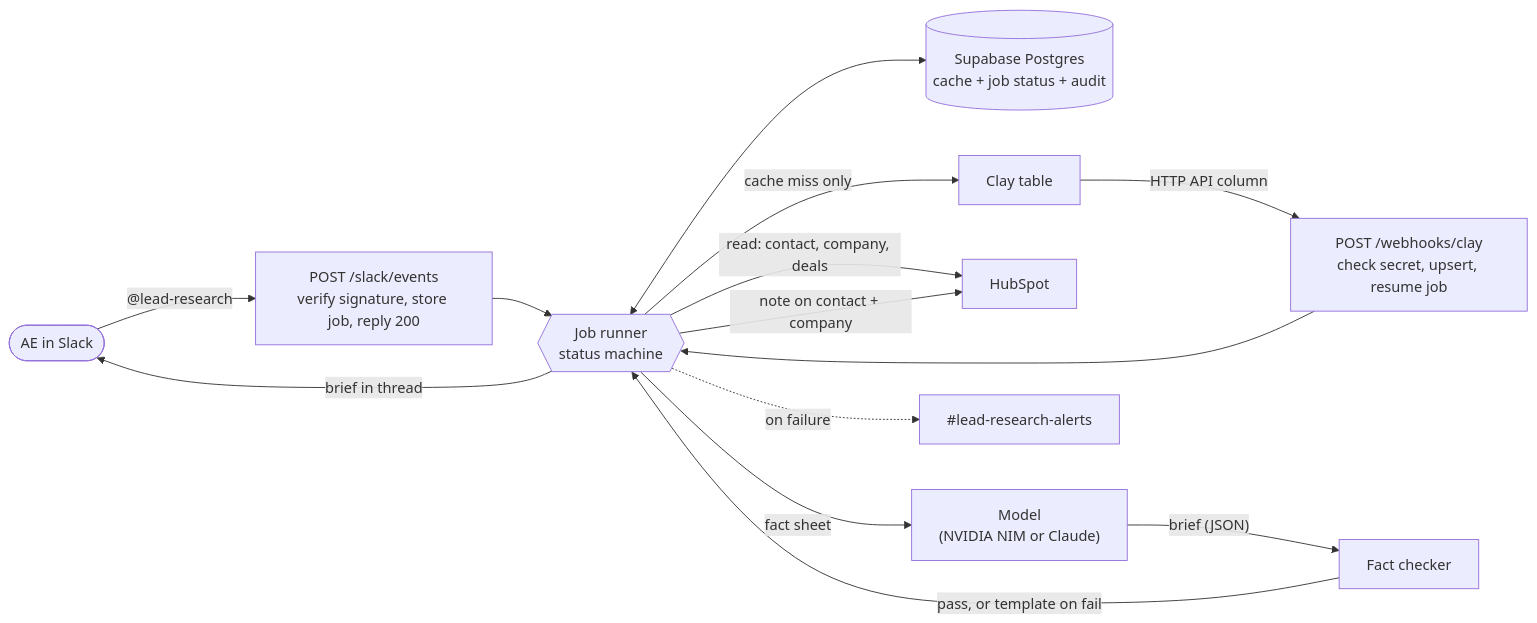
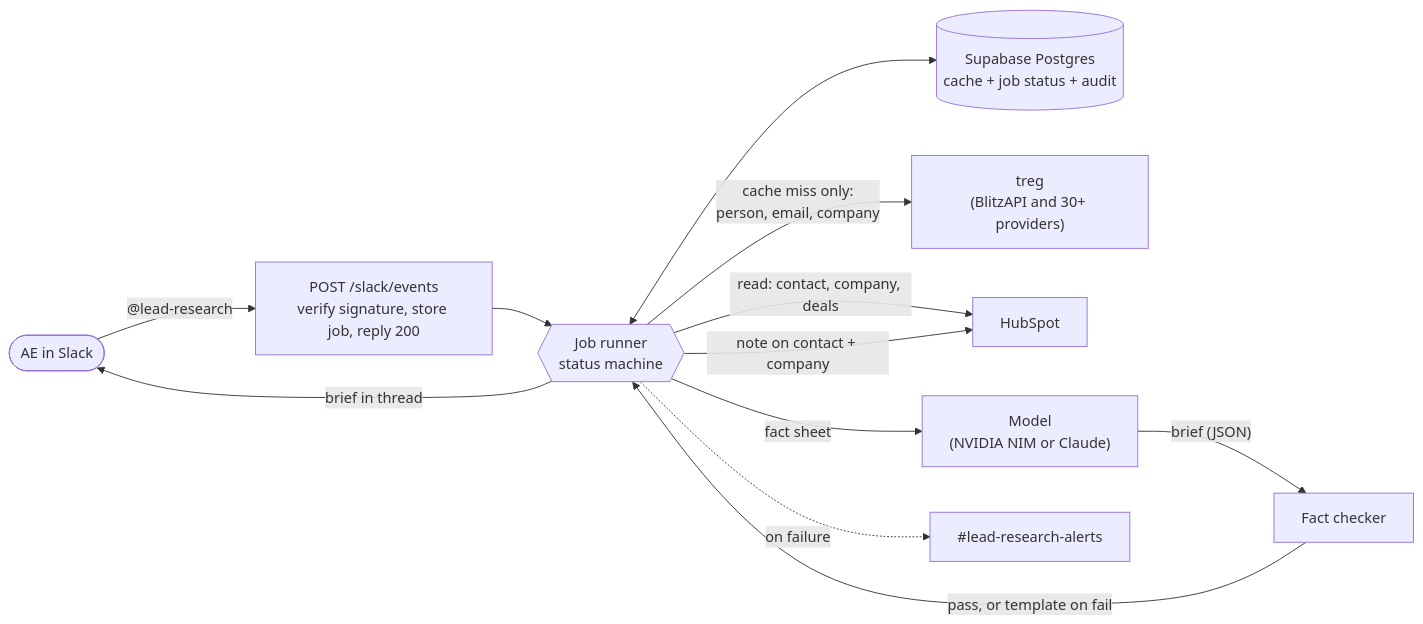
Before and after one commit to aloks1490/lead-research-bot: the first of 2 diagrams in README.md, drawn with Mermaid. The commit also changed other lines of this file and 13 other files, not shown here.

First line of the commit message:
Enrichment through treg; Clay stays as an option for paid plans

````diff
--- a/README.md
+++ b/README.md
@@ -17,16 +17,14 @@
 ```mermaid
 flowchart LR
     AE([AE in Slack]) -- "@lead-research <url>" --> SE["POST /slack/events<br/>verify signature, store job, reply 200"]
     SE --> R{{Job runner<br/>status machine}}
     R <--> DB[(Supabase Postgres<br/>cache + job status + audit)]
-    R -- "cache miss only" --> CL[Clay table]
-    CL -- "HTTP API column" --> CB["POST /webhooks/clay<br/>check secret, upsert, resume job"]
-    CB --> R
+    R -- "cache miss only:<br/>person, email, company" --> TR["treg<br/>(BlitzAPI and 30+ providers)"]
     R -- "read: contact, company, deals" --> HS[HubSpot]
     R -- "fact sheet" --> C["Model<br/>(NVIDIA NIM or Claude)"]
     C -- "brief (JSON)" --> CK[Fact checker]
     CK -- "pass, or template on fail" --> R
     R -- "brief in thread" --> AE
     R -- "note on contact + company" --> HS
     R -. "on failure" .-> AL["#lead-research-alerts"]
 ```
````
